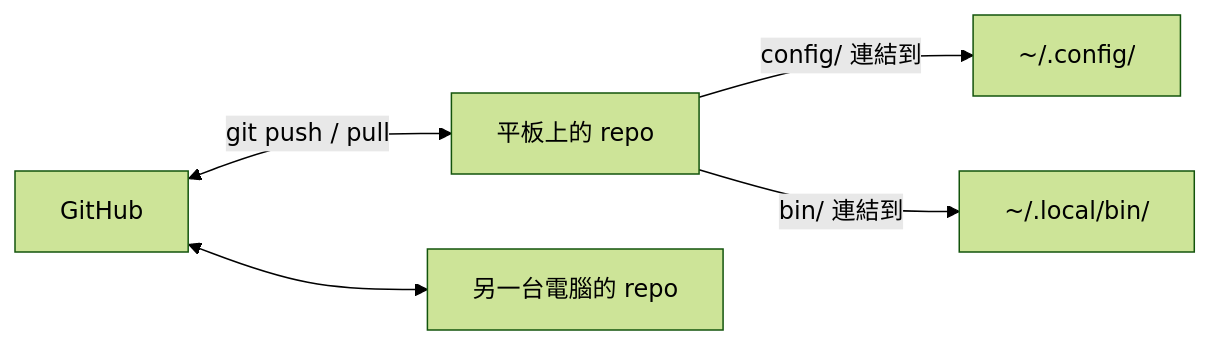
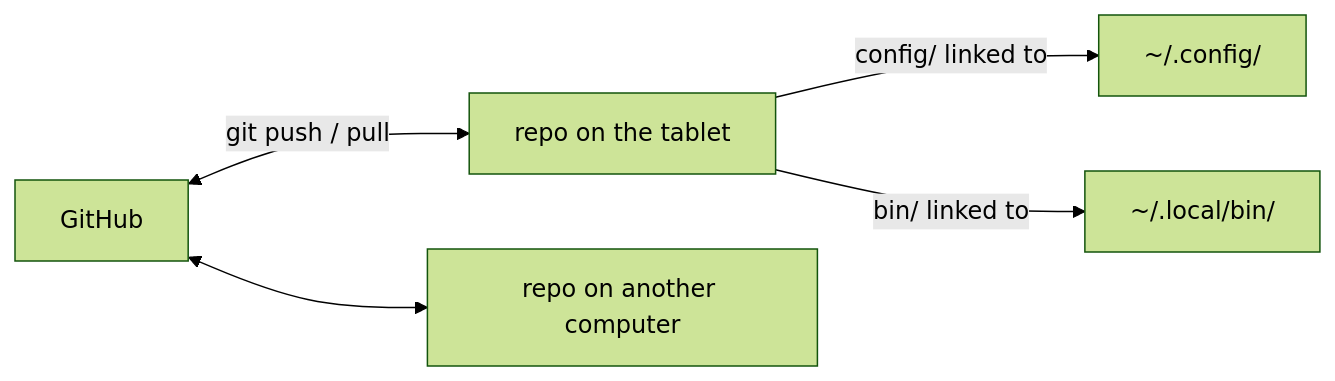
The seventh of 7 diagrams in README.md (ian902792/omarchy-pad), drawn with Mermaid (forest theme) before and after one commit. The commit also changed other lines of this file and 1 other file, not shown here.

````diff
--- a/README.md
+++ b/README.md
@@ -178,7 +178,7 @@
 ```mermaid
 flowchart LR
-    GH["GitHub"] <-->|"git push / pull"| Repo["平板上的 repo"]
-    GH <--> Other["另一台電腦的 repo"]
-    Repo -->|"config/ 連結到"| home["~/.config/"]
-    Repo -->|"bin/ 連結到"| lb["~/.local/bin/"]
+    GH["GitHub"] <-->|"git push / pull"| Repo["repo on the tablet"]
+    GH <--> Other["repo on another computer"]
+    Repo -->|"config/ linked to"| home["~/.config/"]
+    Repo -->|"bin/ linked to"| lb["~/.local/bin/"]
 ```
````
